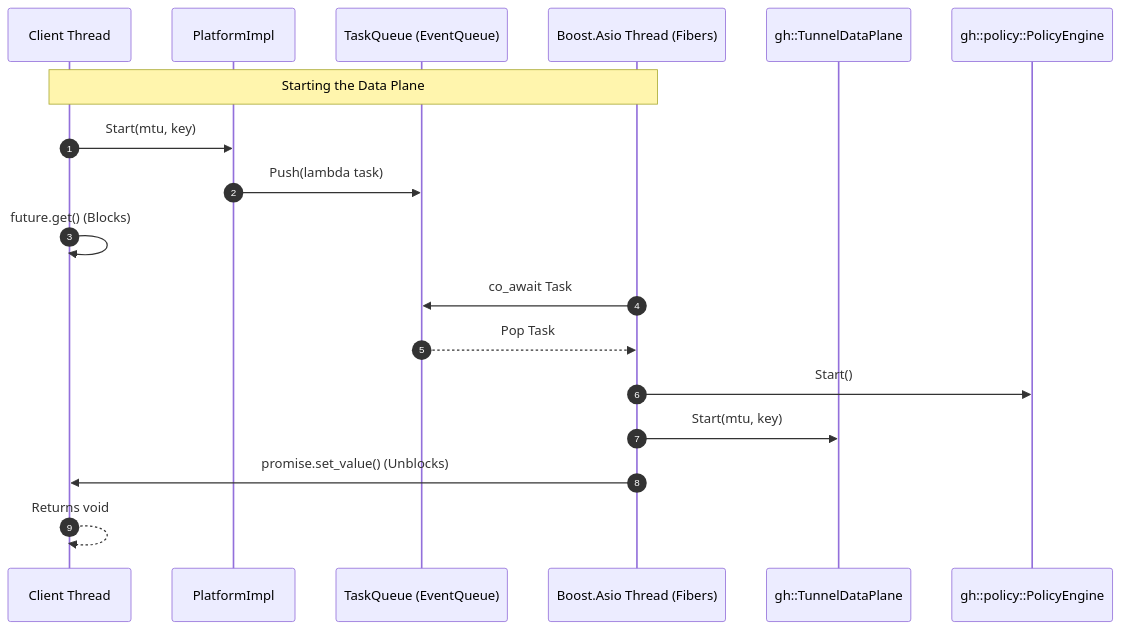
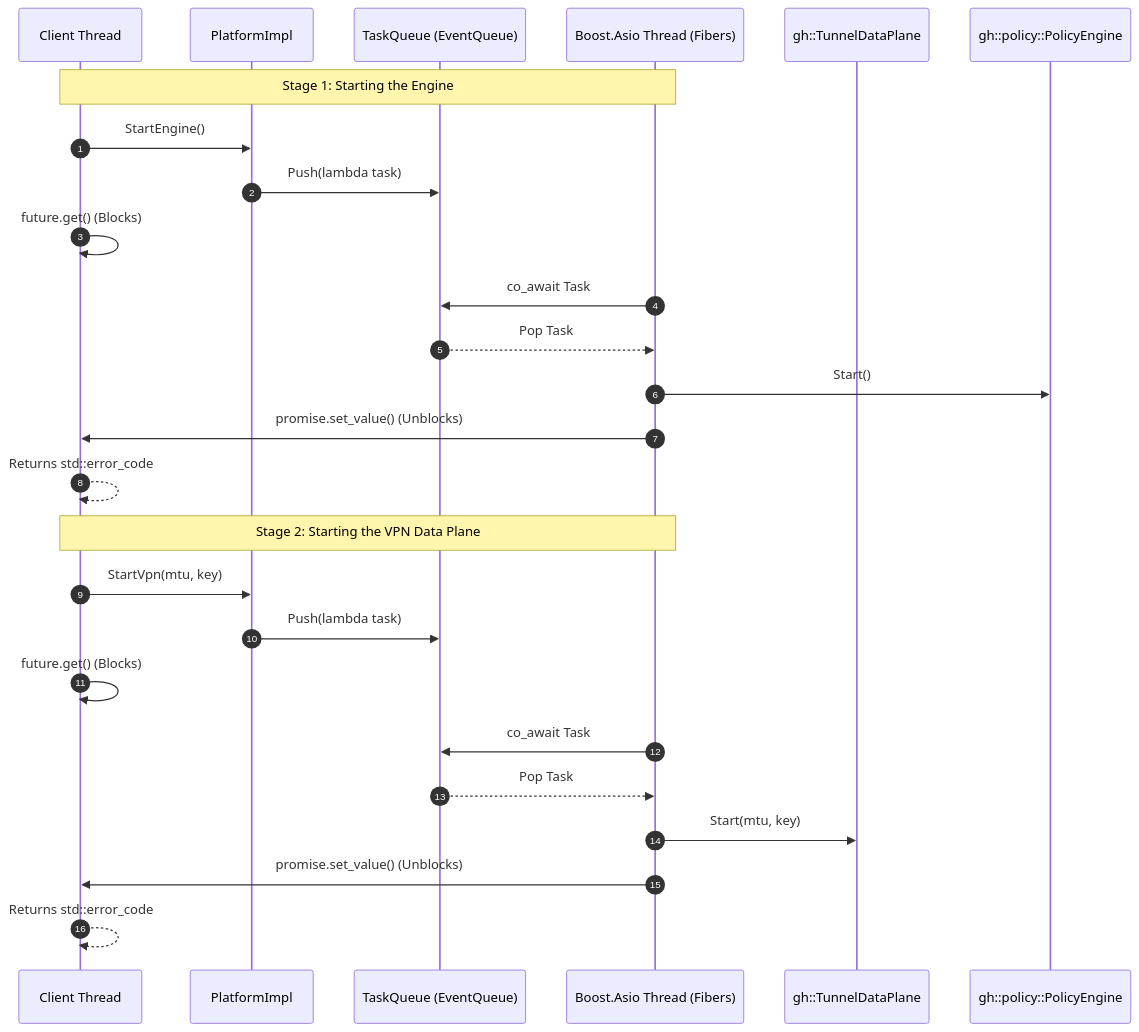
The diagram in src/windows/DESIGN.md (kghost/great-hole), drawn with Mermaid before and after one commit. The commit also changed other lines of this file and 52 other files, not shown here.

````diff
--- a/src/windows/DESIGN.md
+++ b/src/windows/DESIGN.md
@@ -22,22 +22,32 @@
 ```mermaid
 sequenceDiagram
     autonumber
     participant Client as Client Thread
     participant Impl as PlatformImpl
     participant Queue as TaskQueue (EventQueue)
     participant Asio as Boost.Asio Thread (Fibers)
     participant DP as gh::TunnelDataPlane
     participant PE as gh::policy::PolicyEngine
 
-    Note over Client, Asio: Starting the Data Plane
-    Client->>Impl: Start(mtu, key)
+    Note over Client, Asio: Stage 1: Starting the Engine
+    Client->>Impl: StartEngine()
     Impl->>Queue: Push(lambda task)
     Client->>Client: future.get() (Blocks)
     
     Asio->>Queue: co_await Task
     Queue-->>Asio: Pop Task
     Asio->>PE: Start()
+    Asio->>Client: promise.set_value() (Unblocks)
+    Client-->>Client: Returns std::error_code
+
+    Note over Client, Asio: Stage 2: Starting the VPN Data Plane
+    Client->>Impl: StartVpn(mtu, key)
+    Impl->>Queue: Push(lambda task)
+    Client->>Client: future.get() (Blocks)
+    
+    Asio->>Queue: co_await Task
+    Queue-->>Asio: Pop Task
     Asio->>DP: Start(mtu, key)
     Asio->>Client: promise.set_value() (Unblocks)
-    Client-->>Client: Returns void
+    Client-->>Client: Returns std::error_code
 ```
````
